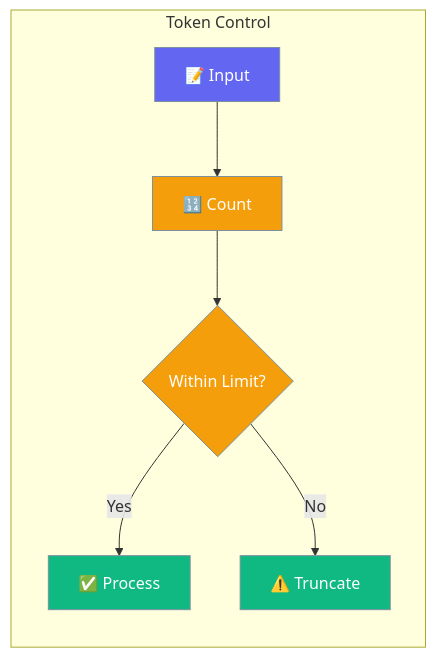
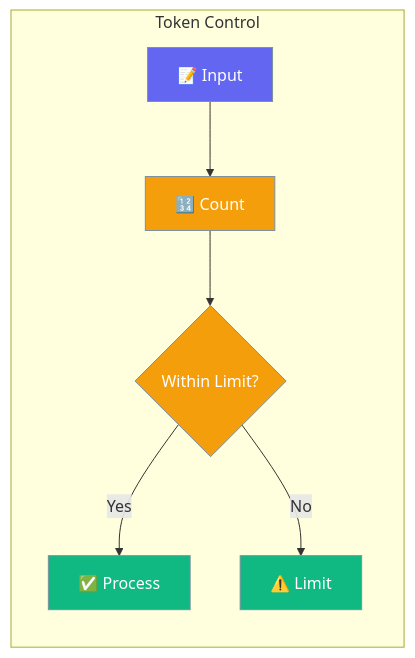
Before and after one commit to MervinPraison/PraisonAIDocs: the first of 2 diagrams in docs/js/token-management.mdx, drawn with Mermaid. The commit also changed other lines of this file and 30 other files, not shown here.

````diff
--- a/docs/js/token-management.mdx
+++ b/docs/js/token-management.mdx
@@ -10,17 +10,17 @@
 ```mermaid
 graph LR
     subgraph "Token Control"
         A[📝 Input] --> B[🔢 Count]
         B --> C{Within Limit?}
         C -->|Yes| D[✅ Process]
-        C -->|No| E[⚠️ Truncate]
+        C -->|No| E[⚠️ Limit]
     end
     
     classDef input fill:#6366F1,stroke:#7C90A0,color:#fff
     classDef check fill:#F59E0B,stroke:#7C90A0,color:#fff
     classDef result fill:#10B981,stroke:#7C90A0,color:#fff
     
     class A input
     class B,C check
     class D,E result
 ```
````
